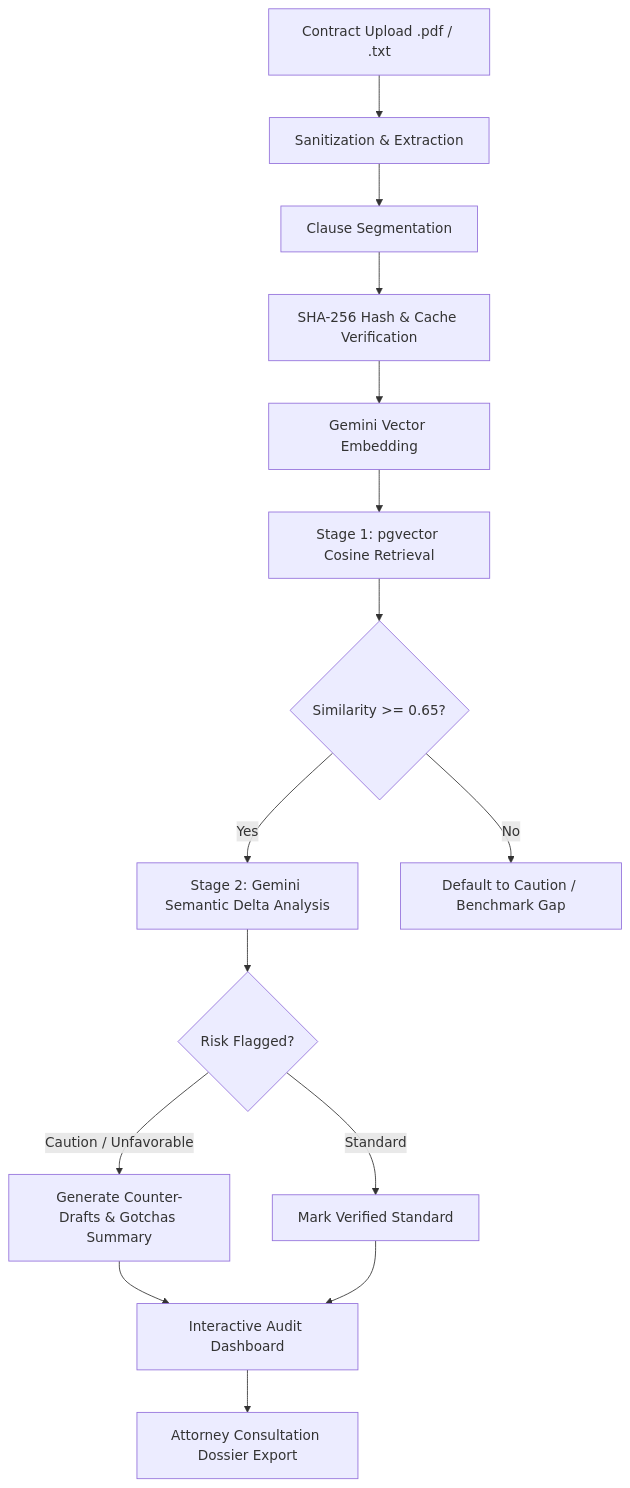
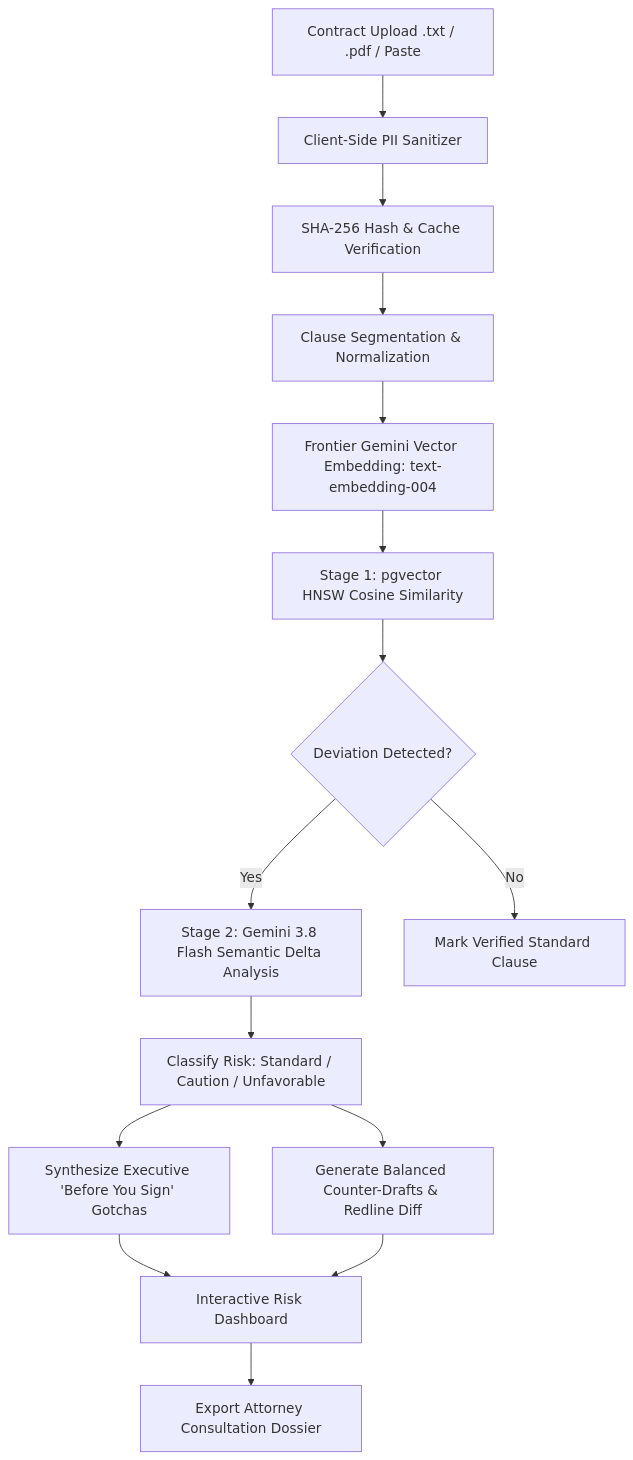
Before and after one commit to Harsha-code-per/promptwars-exclusive: the diagram in README.md, drawn with Mermaid. The commit also changed other lines of this file and 67 other files, not shown here.

Commit message:
feat: 100% original LexiGuard AI platform with frontier Gemini 3.8/3.1 cascade, root Vite deployment, and full alignment table

````diff
--- a/README.md
+++ b/README.md
@@ -114,17 +112,17 @@
 ```mermaid
 graph TD
-    A[Contract Upload .pdf / .txt] --> B[Sanitization & Extraction]
-    B --> C[Clause Segmentation]
-    C --> D[SHA-256 Hash & Cache Verification]
-    D --> E[Gemini Vector Embedding]
-    E --> F[Stage 1: pgvector Cosine Retrieval]
-    F --> G{Similarity >= 0.65?}
-    G -- Yes --> H[Stage 2: Gemini Semantic Delta Analysis]
-    G -- No --> I[Default to Caution / Benchmark Gap]
-    H --> J{Risk Flagged?}
-    J -- Caution / Unfavorable --> K[Generate Counter-Drafts & Gotchas Summary]
-    J -- Standard --> L[Mark Verified Standard]
-    K --> M[Interactive Audit Dashboard]
+    A[Contract Upload .txt / .pdf / Paste] --> B[Client-Side PII Sanitizer]
+    B --> C[SHA-256 Hash & Cache Verification]
+    C --> D[Clause Segmentation & Normalization]
+    D --> E[Frontier Gemini Vector Embedding: text-embedding-004]
+    E --> F[Stage 1: pgvector HNSW Cosine Similarity]
+    F --> G{Deviation Detected?}
+    G -- Yes --> H[Stage 2: Gemini 3.8 Flash Semantic Delta Analysis]
+    G -- No --> I[Mark Verified Standard Clause]
+    H --> J[Classify Risk: Standard / Caution / Unfavorable]
+    J --> K[Synthesize Executive 'Before You Sign' Gotchas]
+    J --> L[Generate Balanced Counter-Drafts & Redline Diff]
+    K --> M[Interactive Risk Dashboard]
     L --> M
-    M --> N[Attorney Consultation Dossier Export]
+    M --> N[Export Attorney Consultation Dossier]
 ```
````
